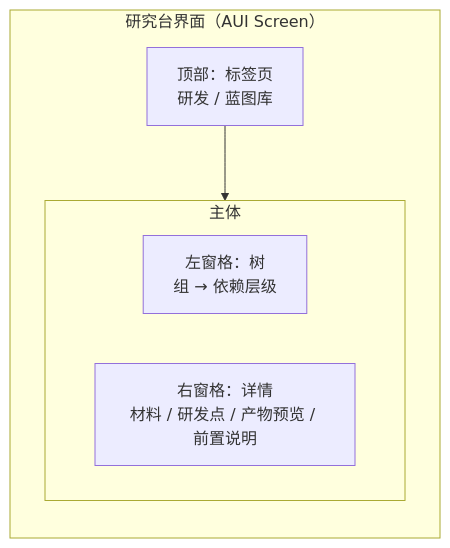
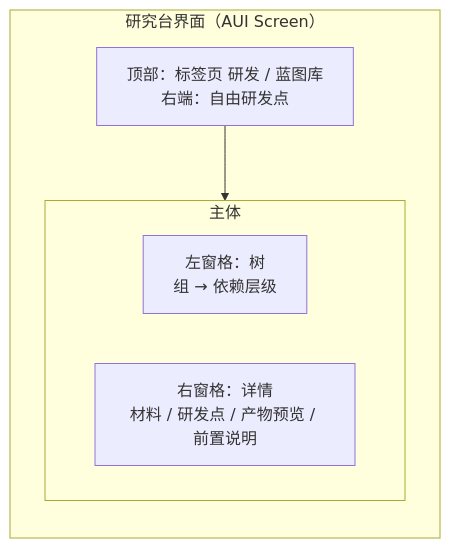
One commit to Sweetzonzi/Machine-Max changed the second of 2 diagrams in docs/研究台界面-研发分组与蓝图库统一重构计划.md. Above: the diagram before and after it, drawn with Mermaid. The commit also changed other lines of this file and 142 other files, not shown here.

````diff
--- a/docs/研究台界面-研发分组与蓝图库统一重构计划.md
+++ b/docs/研究台界面-研发分组与蓝图库统一重构计划.md
@@ -378,11 +382,11 @@
 ```mermaid
 flowchart LR
     subgraph Screen["研究台界面（AUI Screen）"]
-        T["顶部：标签页<br/>研发 / 蓝图库"]
+        T["顶部：标签页 研发 / 蓝图库<br/>右端：自由研发点"]
         subgraph Body["主体"]
             L["左窗格：树<br/>组 → 依赖层级"]
             R["右窗格：详情<br/>材料 / 研发点 / 产物预览 / 前置说明"]
         end
         T --> Body
     end
 ```
````
